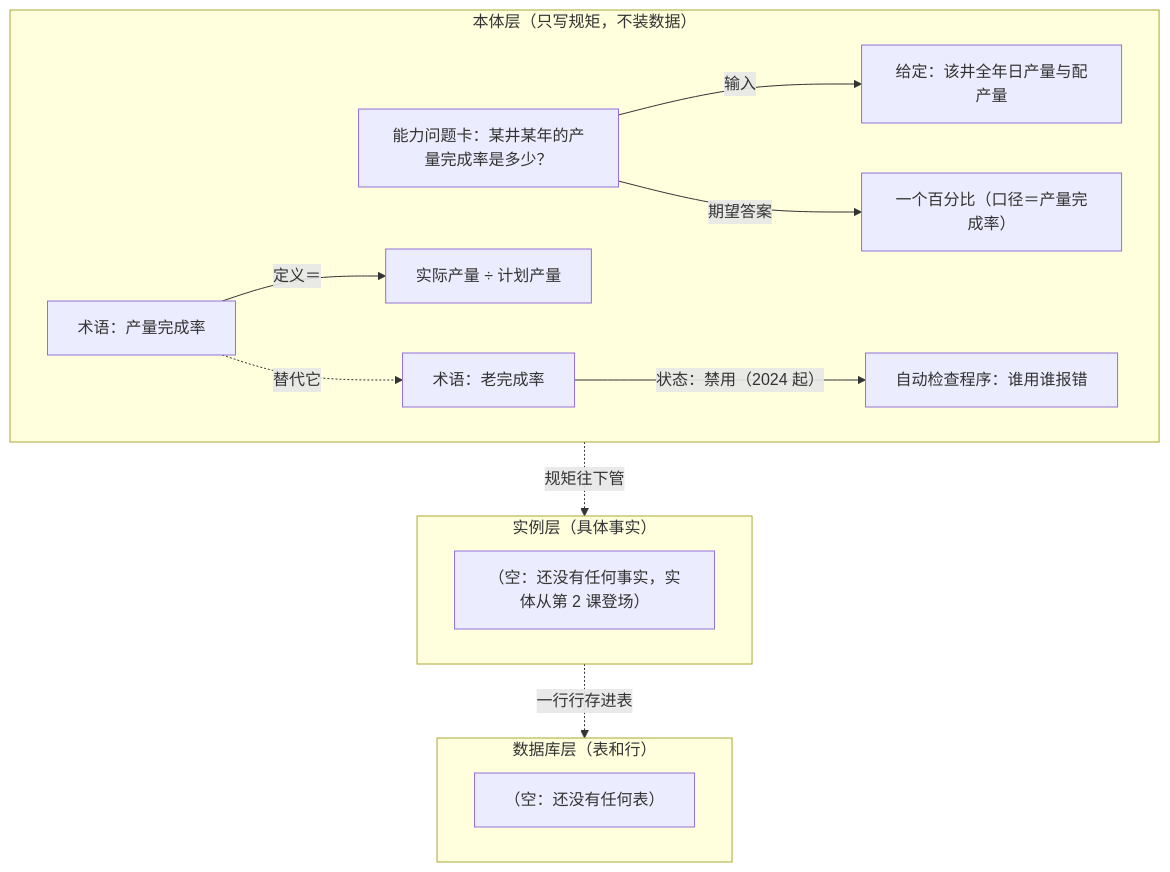
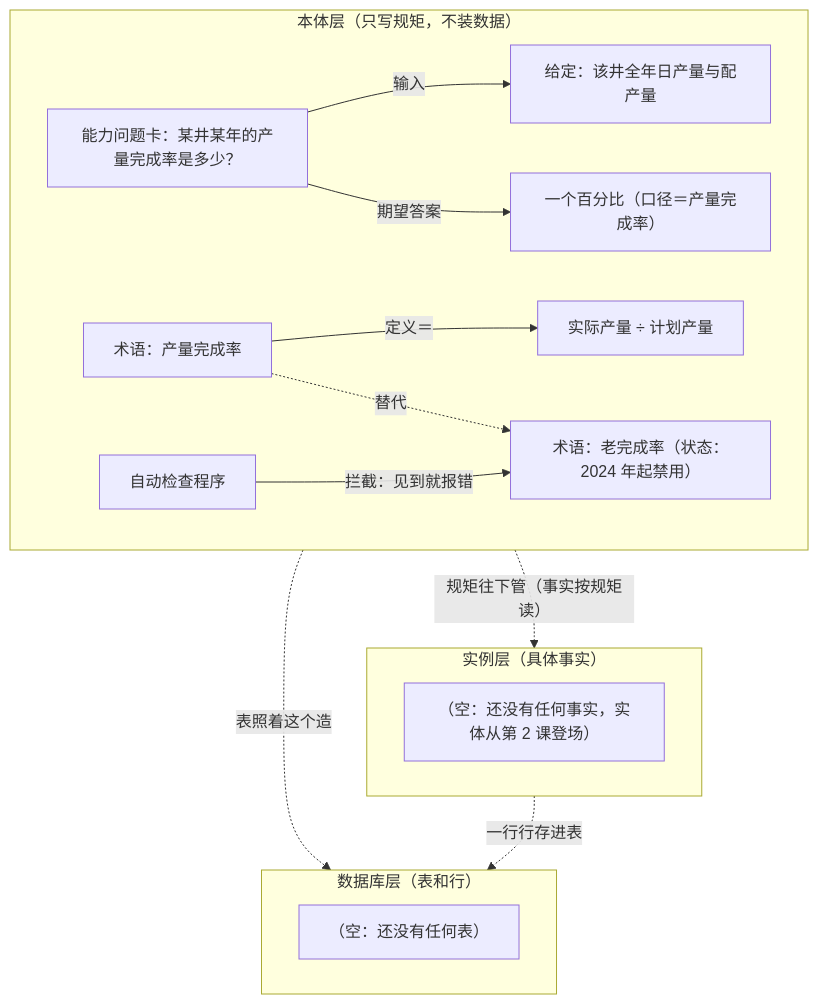
Before and after one commit to zzwcoding/petro-agent-platform: the diagram in docs/本体图解课-实体演变图.md, drawn with Mermaid. The commit also changed other lines of this file, not shown here.

Commit message:
本体图解课·实体演变图箭头核对修正：①方向反了的箭头改正——自动检查程序—拦截→老完成率（原误画老完成率—禁用→检查程序）；②『禁用（2024 起）』是术语身上的状态，从箭头改回框内标注；③补漏——本体层—表照着这个造→数据库层（表结构按本体造，项目里导出对号表承接此事）；演变记录加返工行

````diff
--- a/docs/本体图解课-实体演变图.md
+++ b/docs/本体图解课-实体演变图.md
@@ -19,21 +19,23 @@
 ```mermaid
 flowchart TB
     subgraph OL["本体层（只写规矩，不装数据）"]
         cq["能力问题卡：某井某年的产量完成率是多少？"]
         cq -- "输入" --> cin["给定：该井全年日产量与配产量"]
         cq -- "期望答案" --> cout["一个百分比（口径＝产量完成率）"]
         term["术语：产量完成率"]
         term -- "定义＝" --> calc["实际产量 ÷ 计划产量"]
-        old["术语：老完成率"]
-        old -- "状态：禁用（2024 起）" --> ban["自动检查程序：谁用谁报错"]
-        term -. "替代它" .-> old
+        old["术语：老完成率（状态：2024 年起禁用）"]
+        term -. "替代" .-> old
+        ban["自动检查程序"]
+        ban -- "拦截：见到就报错" --> old
     end
     subgraph IL["实例层（具体事实）"]
         e1["（空：还没有任何事实，实体从第 2 课登场）"]
     end
     subgraph DL["数据库层（表和行）"]
         d1["（空：还没有任何表）"]
     end
-    OL -. "规矩往下管" .-> IL
+    OL -. "规矩往下管（事实按规矩读）" .-> IL
+    OL -. "表照着这个造" .-> DL
     IL -. "一行行存进表" .-> DL
 ```
````
